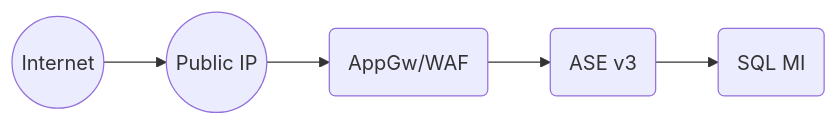
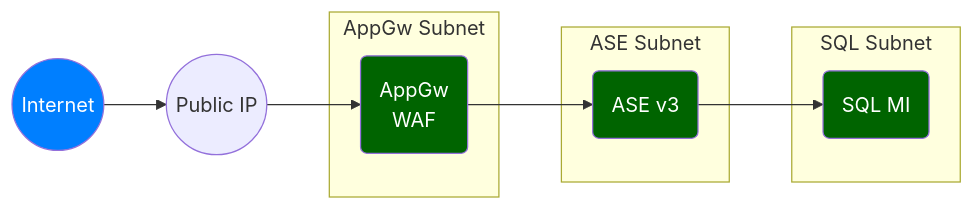
One commit to msalemor/app-services-networking changed the seventh of 7 diagrams in README.md. Above: the diagram before and after it, drawn with Mermaid. The commit also changed other lines of this file, not shown here.

````diff
--- a/README.md
+++ b/README.md
@@ -269,7 +285,22 @@
 ```mermaid
 graph LR;
-    A((Internet))-->B((Public IP));
-    B-->C(AppGw/WAF);
-    C-->D(ASE v3);
-    D-->E(SQL MI);
+  A((Internet))-->B((Public IP));
+  B-->a1;
+  subgraph "AppGw Subnet"
+  a1(AppGw<br/>WAF);
+  end;
+  a1-->a2;
+  subgraph "ASE Subnet"
+    a2(ASE v3);
+  end;
+  a2-->a3;
+  subgraph "SQL Subnet"
+    a3(SQL MI);
+  end;  
+  classDef internet fill:#007FFF,color:white;
+  classDef unsafe fill:#ff3333,color:white;
+  classDef semisafe fill:darkorange,color:black;
+  classDef safe fill:darkgreen,color:white;
+  class A internet;  
+  class a1,a2,a3 safe;    
 ```
````
